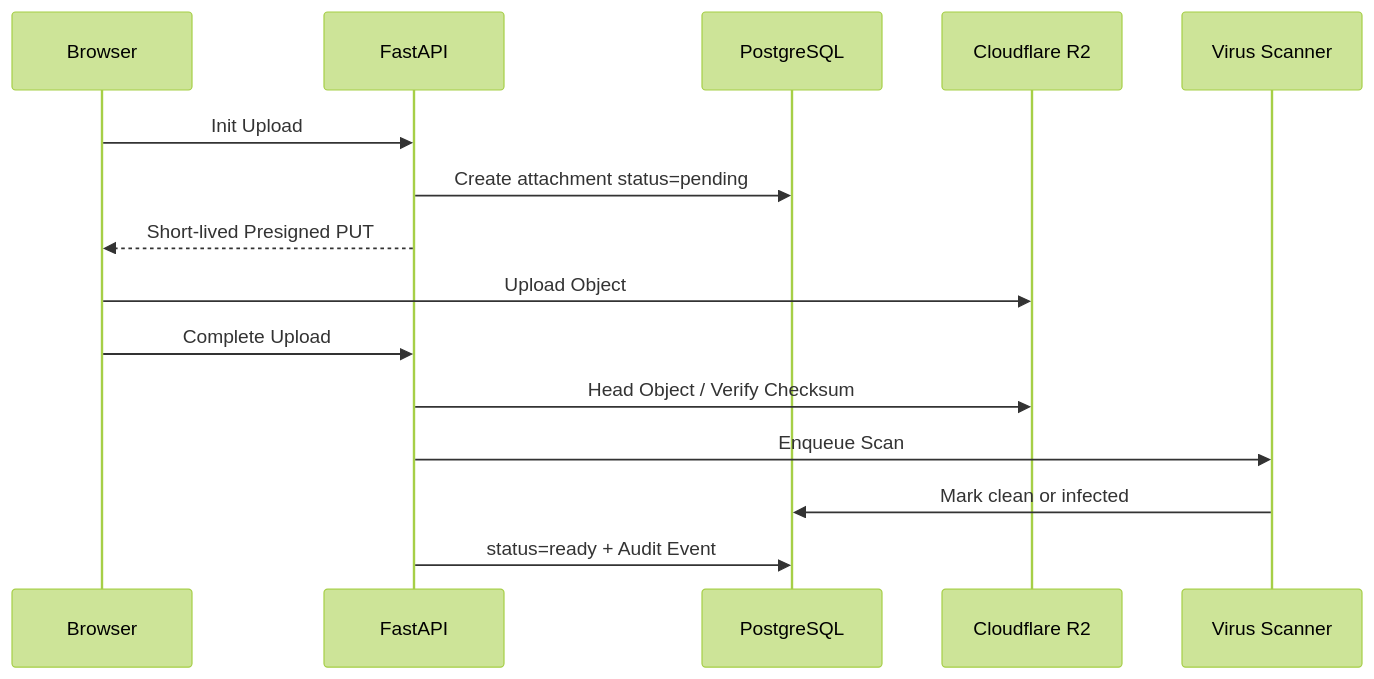
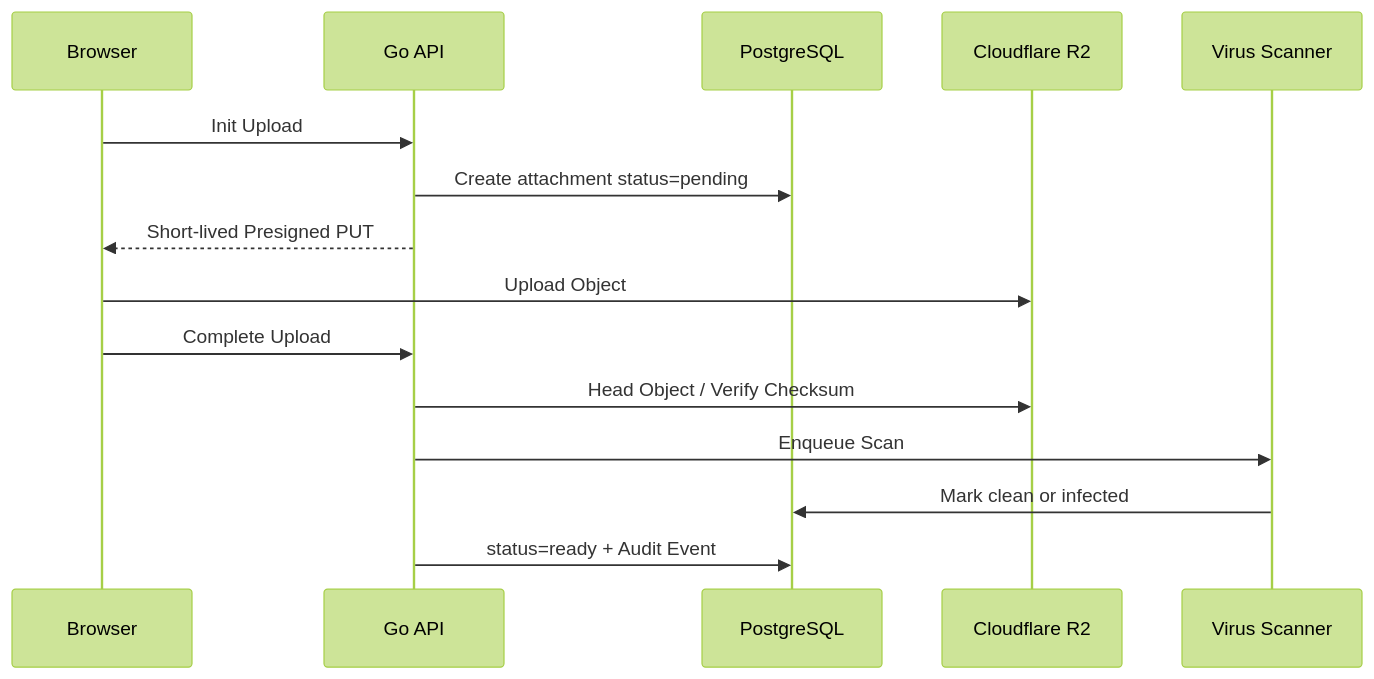
The fifth of 8 diagrams in README.md (passwii/digitalProjectManagement), drawn with Mermaid (forest theme) before and after one commit. The commit also changed other lines of this file and 179 other files, not shown here.

First line of the commit message:
feat(api): 全局后端 FastAPI 重构为 Go 模块化单体 (#196)

````diff
--- a/README.md
+++ b/README.md
@@ -348,18 +350,18 @@
 ```mermaid
 sequenceDiagram
     participant B as Browser
-    participant API as FastAPI
+    participant API as Go API
     participant DB as PostgreSQL
     participant OS as Cloudflare R2
     participant AV as Virus Scanner
 
     B->>API: Init Upload
     API->>DB: Create attachment status=pending
     API-->>B: Short-lived Presigned PUT
     B->>OS: Upload Object
     B->>API: Complete Upload
     API->>OS: Head Object / Verify Checksum
     API->>AV: Enqueue Scan
     AV->>DB: Mark clean or infected
     API->>DB: status=ready + Audit Event
 ```
````
